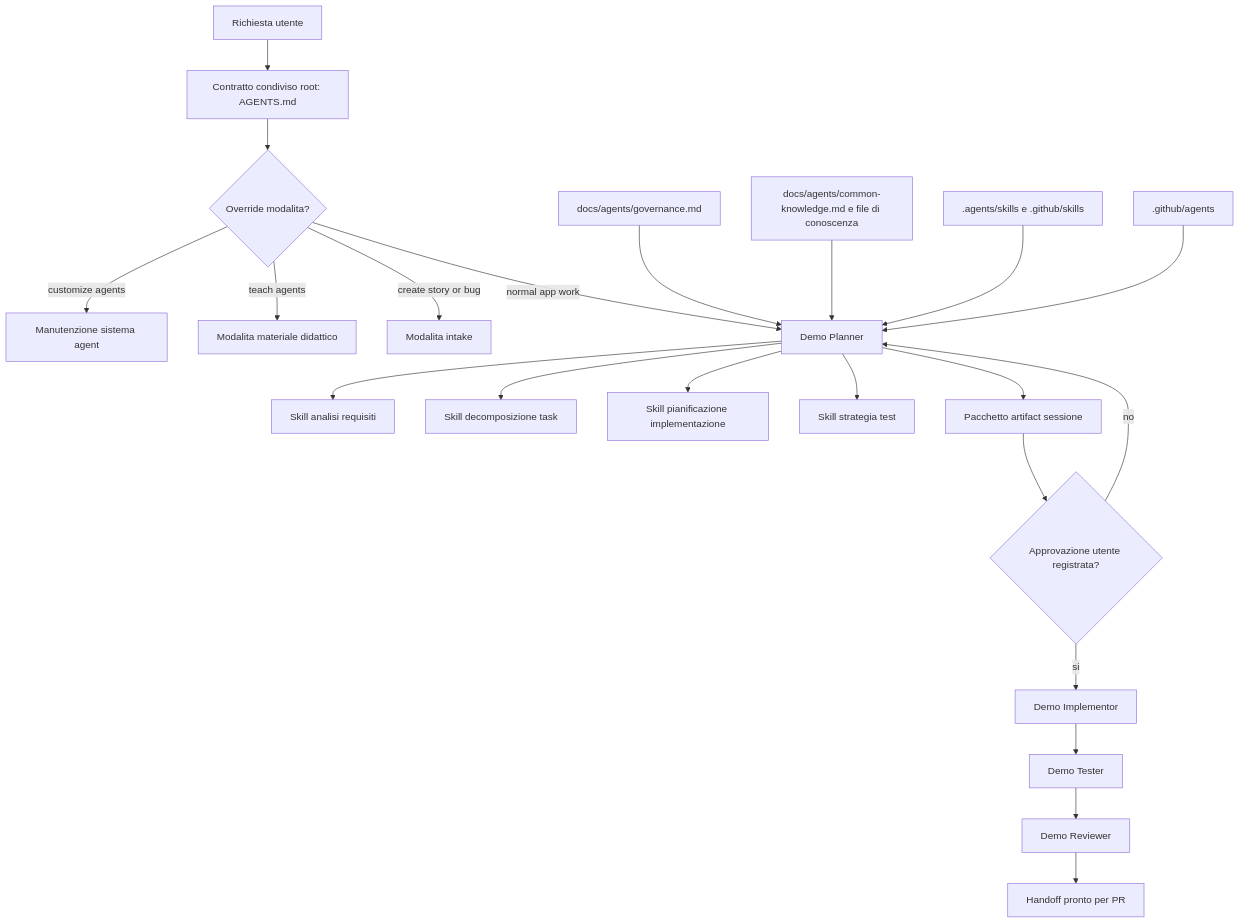
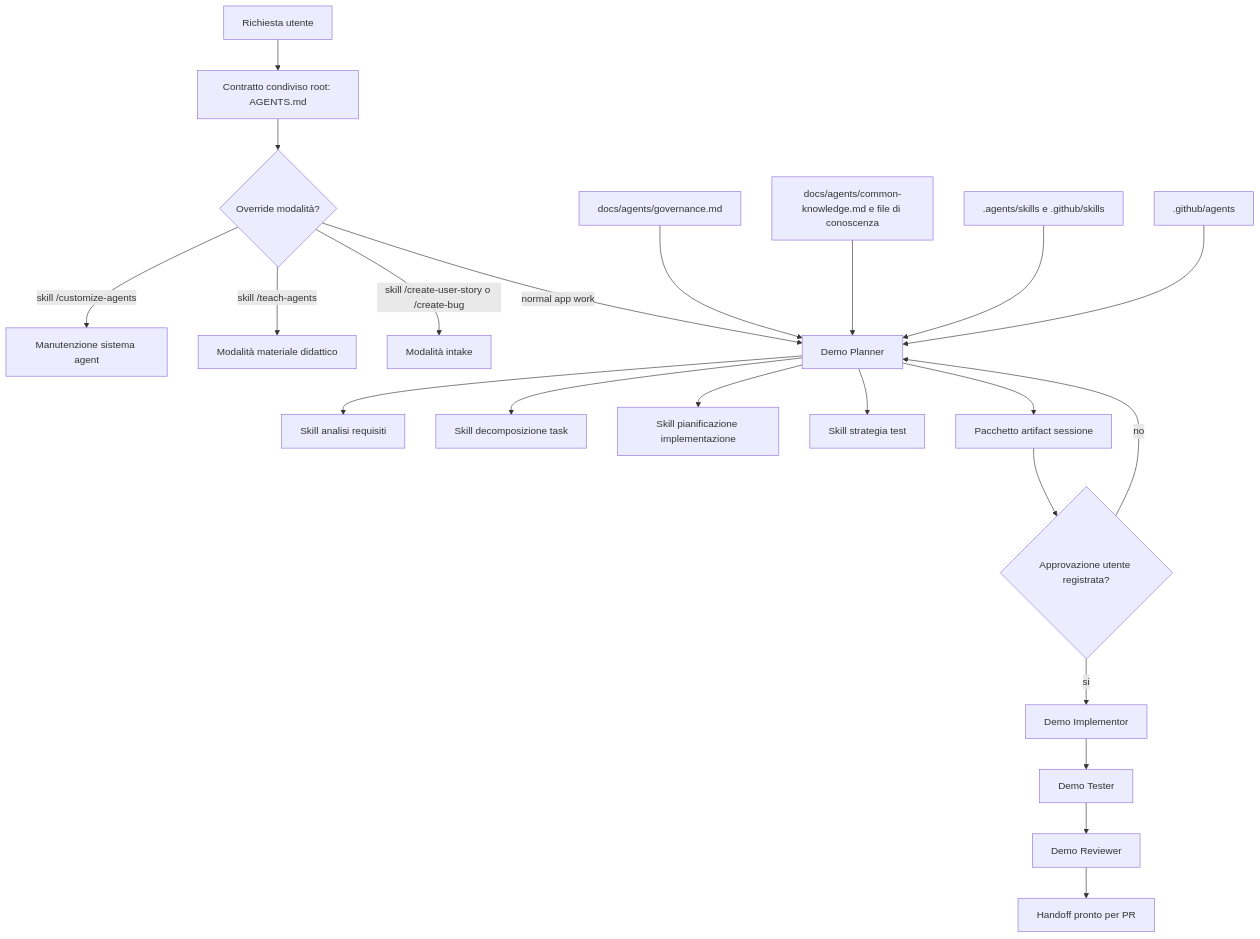
The diagram in Teaching/system-map.md (violabg/serviceDeskDemo), drawn with Mermaid before and after one commit. The commit also changed other lines of this file and 5 other files, not shown here.

````diff
--- a/Teaching/system-map.md
+++ b/Teaching/system-map.md
@@ -7,28 +7,28 @@
 ```mermaid
 flowchart TD
   User[Richiesta utente] --> Root[Contratto condiviso root: AGENTS.md]
-  Root --> Mode{Override modalita?}
-  Mode -->|customize agents| AgentMaintenance[Manutenzione sistema agent]
-  Mode -->|teach agents| Teaching[Modalita materiale didattico]
-  Mode -->|create story or bug| Intake[Modalita intake]
+  Root --> Mode{Override modalità?}
+  Mode -->|skill /customize-agents| AgentMaintenance[Manutenzione sistema agent]
+  Mode -->|skill /teach-agents| Teaching[Modalità materiale didattico]
+  Mode -->|skill /create-user-story o /create-bug| Intake[Modalità intake]
   Mode -->|normal app work| Planner[Demo Planner]
 
   Planner --> Requirements[Skill analisi requisiti]
   Planner --> Tasks[Skill decomposizione task]
   Planner --> Plan[Skill pianificazione implementazione]
   Planner --> TestPlan[Skill strategia test]
   Planner --> Artifacts[Pacchetto artifact sessione]
 
   Artifacts --> Approval{Approvazione utente registrata?}
   Approval -->|si| Implementor[Demo Implementor]
   Approval -->|no| Planner
 
   Implementor --> Tester[Demo Tester]
   Tester --> Reviewer[Demo Reviewer]
   Reviewer --> PRReady[Handoff pronto per PR]
 
   Governance[docs/agents/governance.md] --> Planner
   Knowledge[docs/agents/common-knowledge.md e file di conoscenza] --> Planner
   Skills[.agents/skills e .github/skills] --> Planner
   Agents[.github/agents] --> Planner
 ```
````
